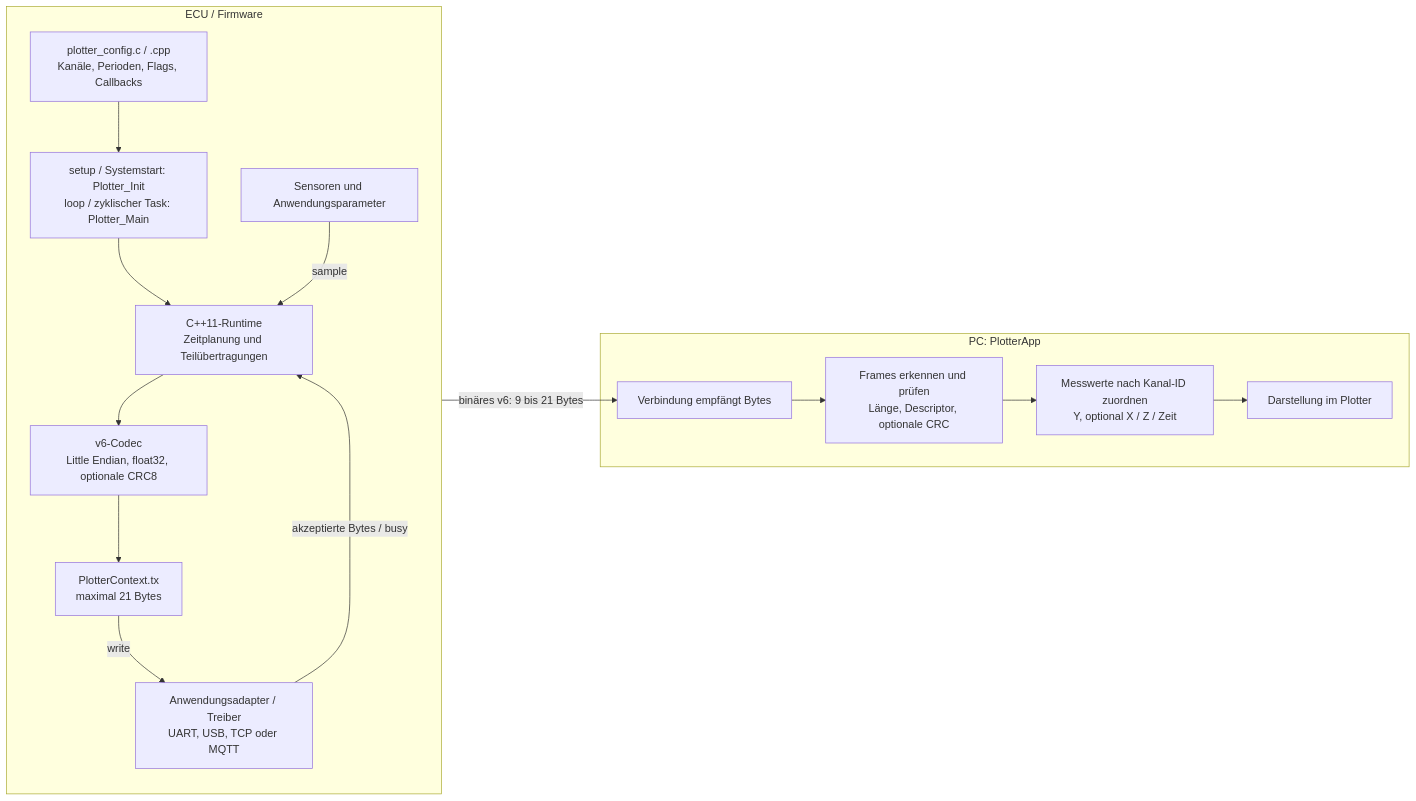
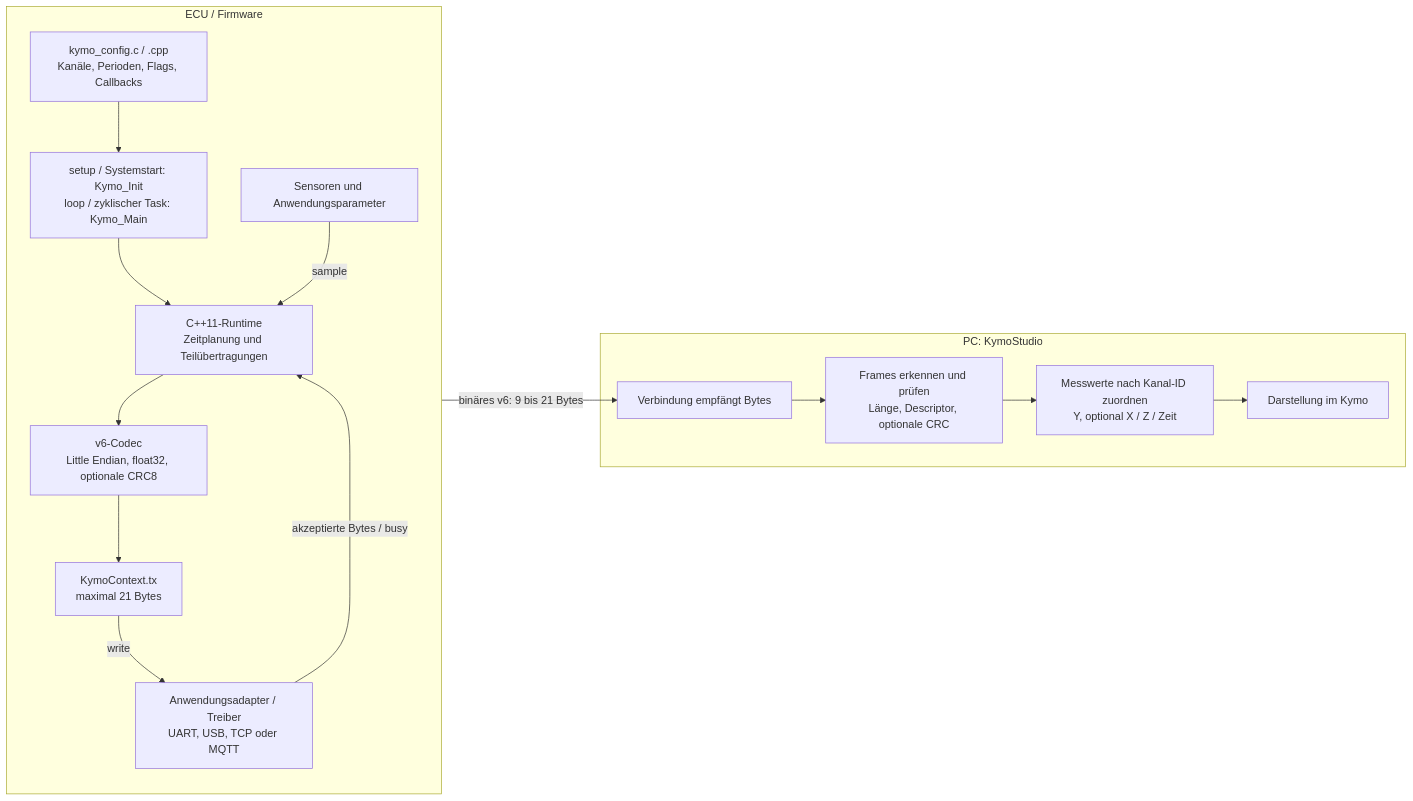
The first of 5 diagrams in README.md (CodeName-666/kymoprobe), drawn with Mermaid before and after one commit. The commit also changed other lines of this file and 110 other files, not shown here.

````diff
--- a/README.md
+++ b/README.md
@@ -79,28 +79,28 @@
 ```mermaid
 flowchart LR
     subgraph ECU["ECU / Firmware"]
         direction TB
         Values["Sensoren und Anwendungsparameter"]
-        Config["plotter_config.c / .cpp<br/>Kanäle, Perioden, Flags, Callbacks"]
-        Task["setup / Systemstart: Plotter_Init<br/>loop / zyklischer Task: Plotter_Main"]
+        Config["kymo_config.c / .cpp<br/>Kanäle, Perioden, Flags, Callbacks"]
+        Task["setup / Systemstart: Kymo_Init<br/>loop / zyklischer Task: Kymo_Main"]
         Runtime["C++11-Runtime<br/>Zeitplanung und Teilübertragungen"]
         Codec["v6-Codec<br/>Little Endian, float32, optionale CRC8"]
-        Buffer["PlotterContext.tx<br/>maximal 21 Bytes"]
+        Buffer["KymoContext.tx<br/>maximal 21 Bytes"]
         Driver["Anwendungsadapter / Treiber<br/>UART, USB, TCP oder MQTT"]
         Config --> Task
         Task --> Runtime
         Values -->|sample| Runtime
         Runtime --> Codec
         Codec --> Buffer
         Buffer -->|write| Driver
         Driver -->|akzeptierte Bytes / busy| Runtime
     end
-    subgraph PC["PC: PlotterApp"]
+    subgraph PC["PC: KymoStudio"]
         Receive["Verbindung empfängt Bytes"]
         Decode["Frames erkennen und prüfen<br/>Länge, Descriptor, optionale CRC"]
         Route["Messwerte nach Kanal-ID zuordnen<br/>Y, optional X / Z / Zeit"]
-        View["Darstellung im Plotter"]
+        View["Darstellung im Kymo"]
         Receive --> Decode --> Route --> View
     end
     Driver -->|"binäres v6: 9 bis 21 Bytes"| Receive
 ```
````
